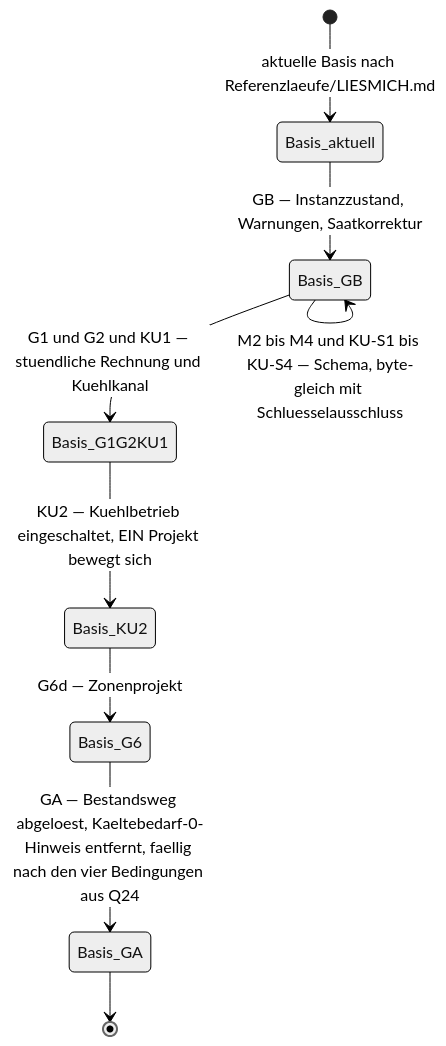
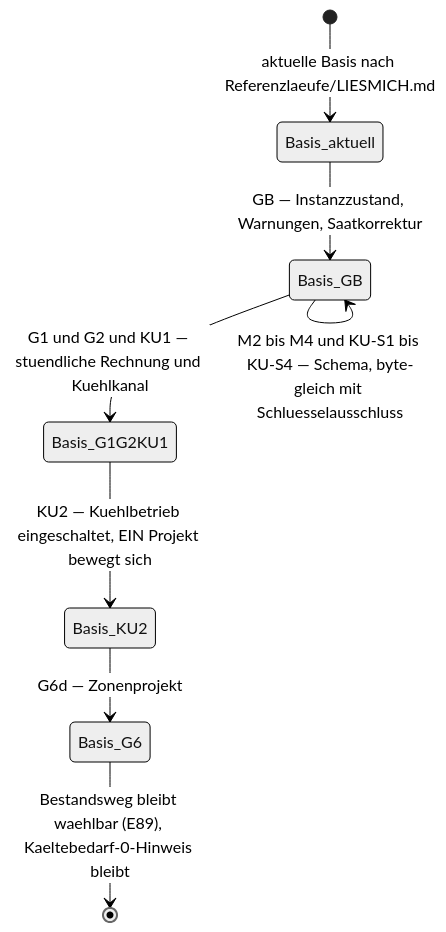
Before and after one commit to inekon/EPOS-Plan: the fourth of 4 diagrams in Dokumentation/aktuell/Konzept_Kuehlung_Gebaeudesimulation_EPOS-Plan.md, drawn with Mermaid (neutral theme). The commit also changed other lines of this file, not shown here.

````diff
--- a/Dokumentation/aktuell/Konzept_Kuehlung_Gebaeudesimulation_EPOS-Plan.md
+++ b/Dokumentation/aktuell/Konzept_Kuehlung_Gebaeudesimulation_EPOS-Plan.md
@@ -2899,11 +2896,10 @@
 ```mermaid
 stateDiagram-v2
   [*] --> Basis_aktuell : aktuelle Basis nach Referenzlaeufe/LIESMICH.md
   Basis_aktuell --> Basis_GB : GB — Instanzzustand, Warnungen, Saatkorrektur
   Basis_GB --> Basis_GB : M2 bis M4 und KU-S1 bis KU-S4 — Schema, byte-gleich mit Schluesselausschluss
   Basis_GB --> Basis_G1G2KU1 : G1 und G2 und KU1 — stuendliche Rechnung und Kuehlkanal
   Basis_G1G2KU1 --> Basis_KU2 : KU2 — Kuehlbetrieb eingeschaltet, EIN Projekt bewegt sich
   Basis_KU2 --> Basis_G6 : G6d — Zonenprojekt
-  Basis_G6 --> Basis_GA : GA — Bestandsweg abgeloest, Kaeltebedarf-0-Hinweis entfernt, faellig nach den vier Bedingungen aus Q24
-  Basis_GA --> [*]
+  Basis_G6 --> [*] : Bestandsweg bleibt waehlbar (E89), Kaeltebedarf-0-Hinweis bleibt
 ```
````
